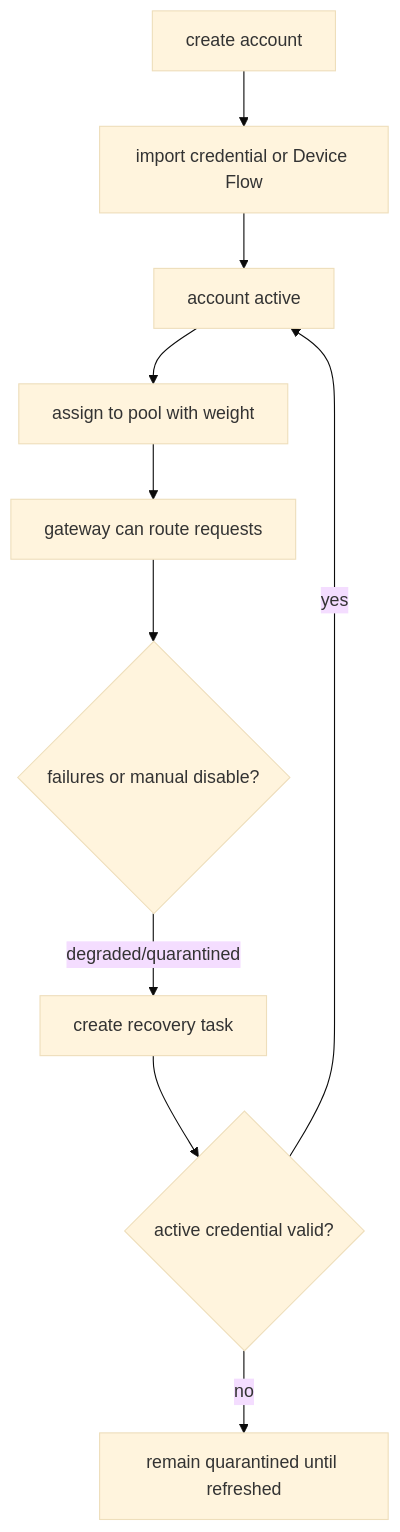
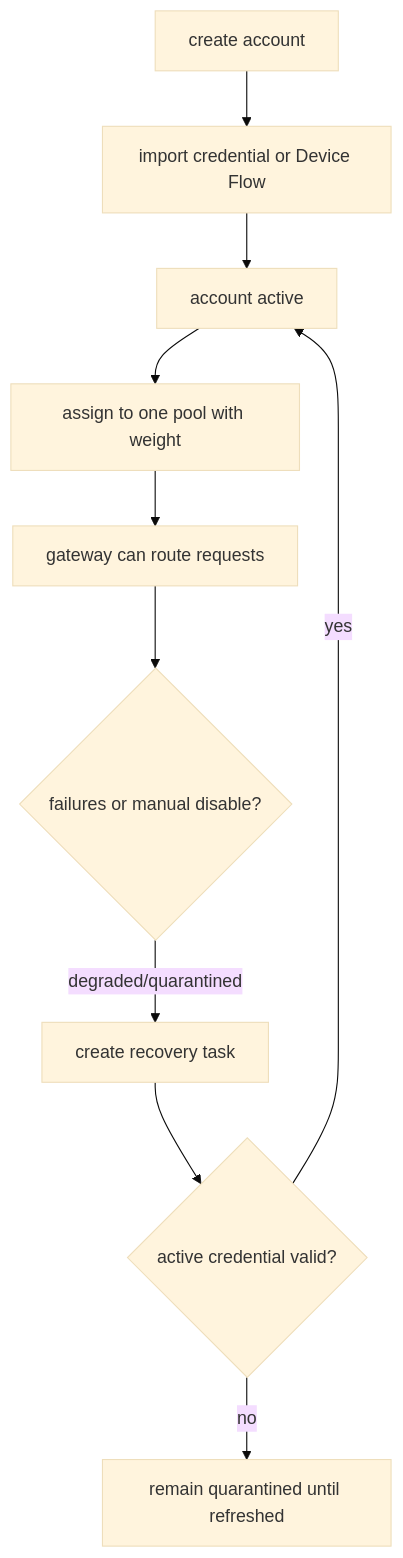
Before and after one commit to pczhao1210/ghcp-pool-proxy: the first of 2 diagrams in FEATURES.en.md, drawn with Mermaid (base theme). The commit also changed other lines of this file and 16 other files, not shown here.

````diff
--- a/FEATURES.en.md
+++ b/FEATURES.en.md
@@ -7,12 +7,12 @@
 ```mermaid
 flowchart TD
   A["create account"] --> B["import credential or Device Flow"]
   B --> C["account active"]
-  C --> D["assign to pool with weight"]
+  C --> D["assign to one pool with weight"]
   D --> E["gateway can route requests"]
   E --> F{"failures or manual disable?"}
   F -->|"degraded/quarantined"| G["create recovery task"]
   G --> H{"active credential valid?"}
   H -->|"yes"| C
   H -->|"no"| I["remain quarantined until refreshed"]
 ```
````
